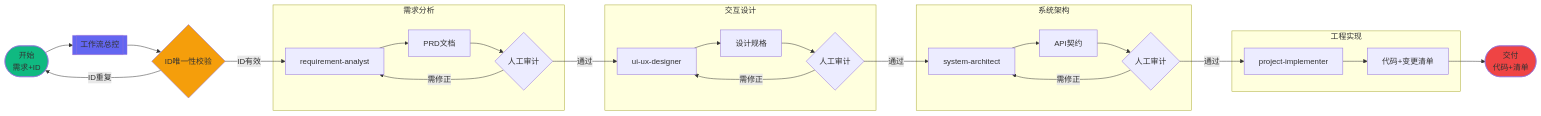
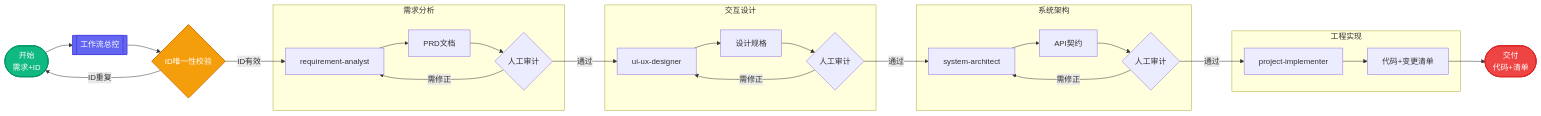
The diagram in README.md (igeek-YZ/code-sepc), drawn with Mermaid before and after one commit. The commit also changed other lines of this file, not shown here.

Commit message:
fix: 优化 mermaid 图表语法以支持 GitHub 渲染

````diff
--- a/README.md
+++ b/README.md
@@ -85,55 +67,55 @@
 ```mermaid
 graph LR
     Start([开始<br/>需求+ID])
     End([交付<br/>代码+清单])
     Master[[工作流总控]]
     IDCheck{ID唯一性校验}
     
-    subgraph S1[需求分析]
+    subgraph S1 ["需求分析"]
         A1[requirement-analyst]
         B1[PRD文档]
         C1{人工审计}
     end
 
-    subgraph S2[交互设计]
+    subgraph S2 ["交互设计"]
         A2[ui-ux-designer]
         B2[设计规格]
         C2{人工审计}
     end
 
-    subgraph S3[系统架构]
+    subgraph S3 ["系统架构"]
         A3[system-architect]
         B3[API契约]
         C3{人工审计}
     end
 
-    subgraph S4[工程实现]
+    subgraph S4 ["工程实现"]
         A4[project-implementer]
         B4[代码+变更清单]
     end
 
     Start --> Master
     Master --> IDCheck
     
-    IDCheck -- ID重复 --> Start
-    IDCheck -- ID有效 --> A1
+    IDCheck -- "ID重复" --> Start
+    IDCheck -- "ID有效" --> A1
     
     A1 --> B1 --> C1
-    C1 -- 通过 --> A2
-    C1 -- 需修正 --> A1
+    C1 -- "通过" --> A2
+    C1 -- "需修正" --> A1
     
     A2 --> B2 --> C2
-    C2 -- 通过 --> A3
-    C2 -- 需修正 --> A2
+    C2 -- "通过" --> A3
+    C2 -- "需修正" --> A2
     
     A3 --> B3 --> C3
-    C3 -- 通过 --> A4
-    C3 -- 需修正 --> A3
+    C3 -- "通过" --> A4
+    C3 -- "需修正" --> A3
     
     A4 --> B4 --> End
 
-    style Start fill:#10b981
-    style End fill:#ef4444
-    style Master fill:#6366f1
-    style IDCheck fill:#f59e0b
+    style Start fill:#10b981,stroke:#059669,stroke-width:2px,color:#fff
+    style End fill:#ef4444,stroke:#dc2626,stroke-width:2px,color:#fff
+    style Master fill:#6366f1,stroke:#4f46e5,stroke-width:2px,color:#fff
+    style IDCheck fill:#f59e0b,stroke:#d97706,stroke-width:2px,color:#fff
 ```
````
